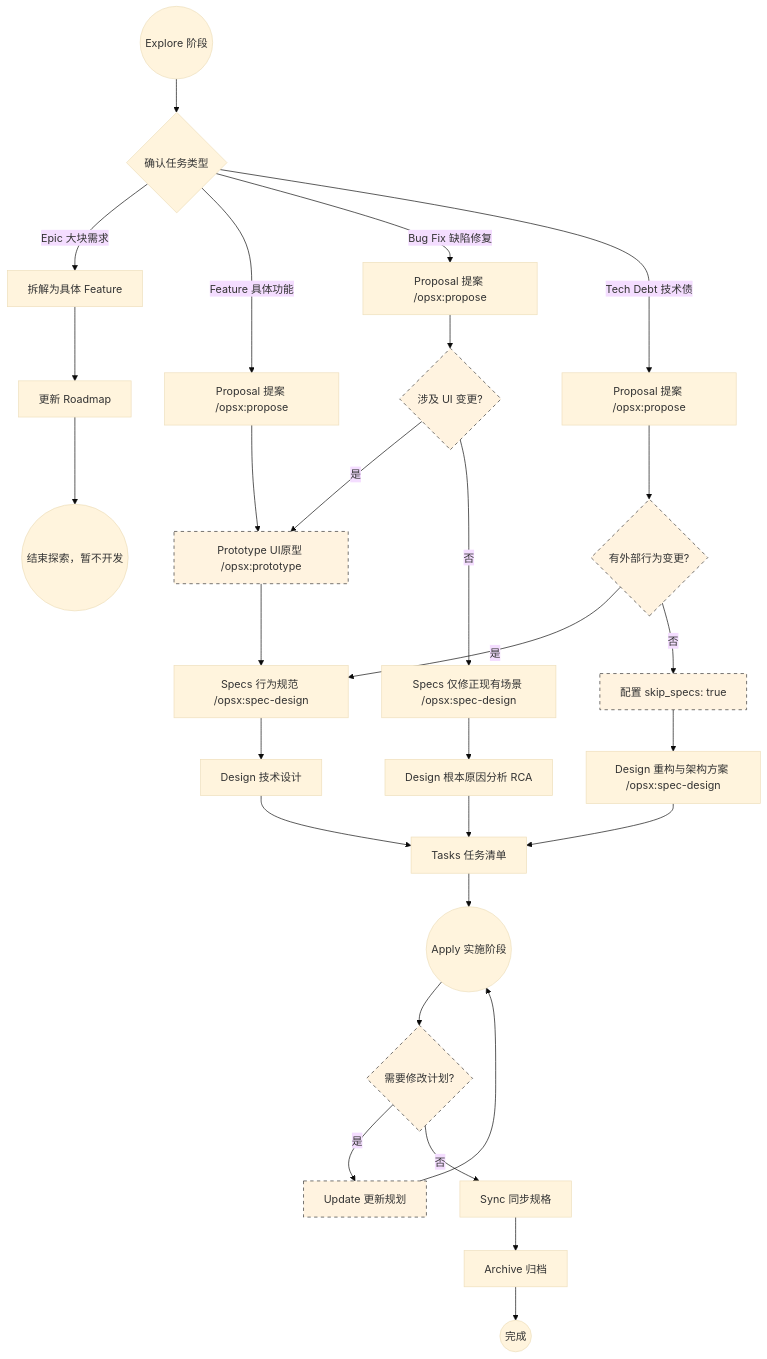
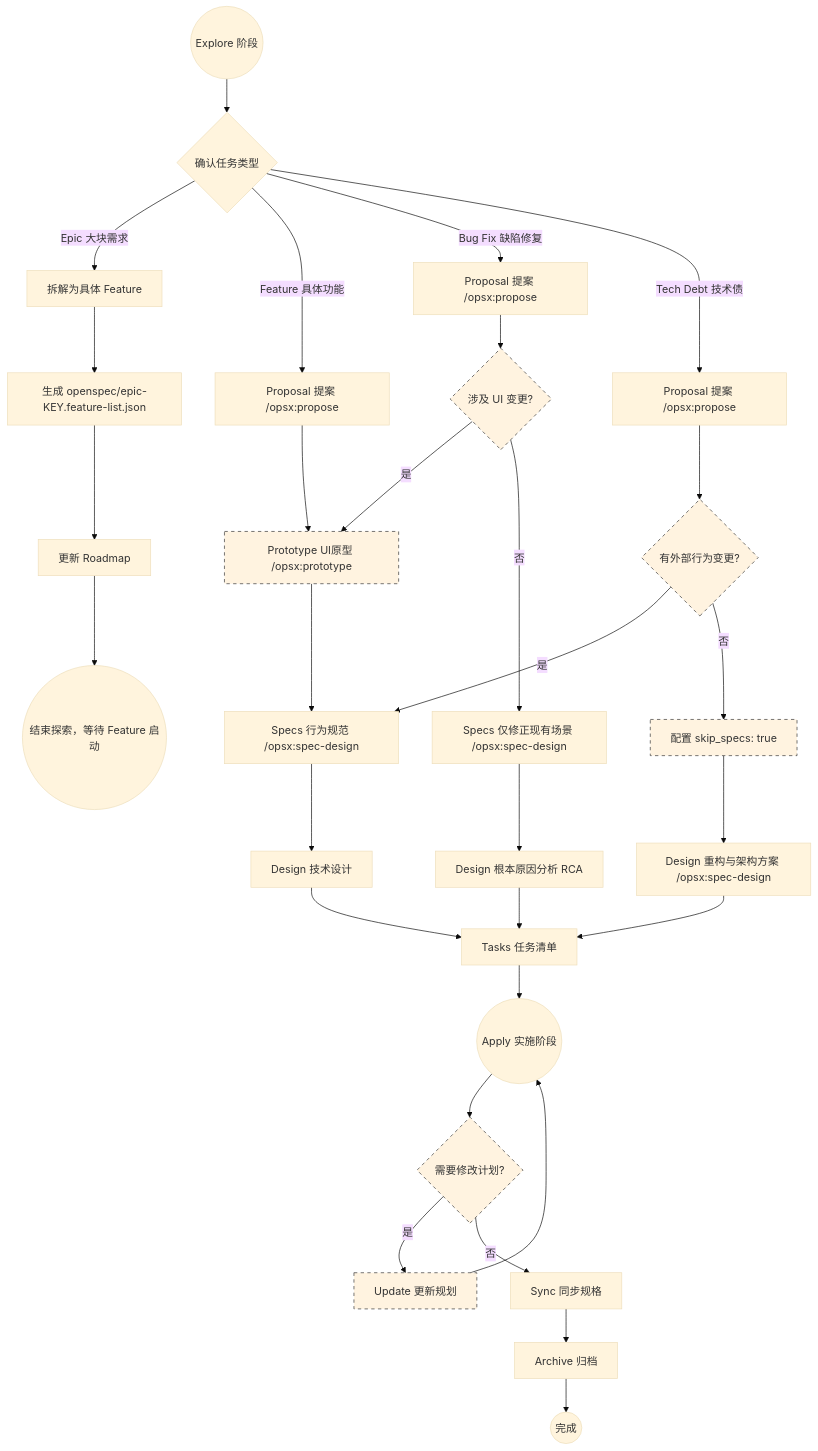
Before and after one commit to jkang/openspec-example: the diagram in docs/sops/sdd-workflow.md, drawn with Mermaid (base theme). The commit also changed other lines of this file and 19 other files, not shown here.

Commit message:
add feature-list

````diff
--- a/docs/sops/sdd-workflow.md
+++ b/docs/sops/sdd-workflow.md
@@ -12,46 +12,47 @@
 ```mermaid
 graph TD
     Start((Explore 阶段)) --> Type{确认任务类型}
 
     %% Epic 分支
     Type -->|Epic 大块需求| Epic_Split[拆解为具体 Feature]
-    Epic_Split --> Epic_Roadmap[更新 Roadmap]
-    Epic_Roadmap --> End_Epic((结束探索，暂不开发))
+    Epic_Split --> Epic_Backlog[生成 openspec/epic-KEY.feature-list.json]
+    Epic_Backlog --> Epic_Roadmap[更新 Roadmap]
+    Epic_Roadmap --> End_Epic((结束探索，等待 Feature 启动))
 
     %% Feature 分支
     Type -->|Feature 具体功能| F_Prop[Proposal 提案 /opsx:propose]
     F_Prop --> F_Proto[Prototype UI原型 /opsx:prototype]
     F_Proto --> F_Spec[Specs 行为规范 /opsx:spec-design]
     F_Spec --> F_Des[Design 技术设计]
     F_Des --> Tasks[Tasks 任务清单]
 
     %% Bug Fix 分支
     Type -->|Bug Fix 缺陷修复| B_Prop[Proposal 提案 /opsx:propose]
     B_Prop --> B_UI{涉及 UI 变更?}
     B_UI -->|是| F_Proto
     B_UI -->|否| B_Spec[Specs 仅修正现有场景 /opsx:spec-design]
     B_Spec --> B_Des[Design 根本原因分析 RCA]
     B_Des --> Tasks
 
     %% Tech Debt 分支
     Type -->|Tech Debt 技术债| T_Prop[Proposal 提案 /opsx:propose]
     T_Prop --> T_Spec{有外部行为变更?}
     T_Spec -->|是| F_Spec
     T_Spec -->|否| T_Skip[配置 skip_specs: true]
     T_Skip --> T_Des[Design 重构与架构方案 /opsx:spec-design]
     T_Des --> Tasks
 
     Tasks --> Apply((Apply 实施阶段))
     
     Apply --> Update_Opt{需要修改计划?}
     Update_Opt -->|是| Update[Update 更新规划]
     Update --> Apply
     Update_Opt -->|否| Sync[Sync 同步规格]
     
     Sync --> Archive[Archive 归档]
     Archive --> Done((完成))
     
     classDef mandatory fill:#e1f5fe,stroke:#333,stroke-width:2px;
     classDef optional fill:#fff3e0,stroke:#333,stroke-width:1px,stroke-dasharray: 5 5;
     class F_Proto,B_UI,T_Spec,T_Skip,Update_Opt,Update optional;
 ```
````
